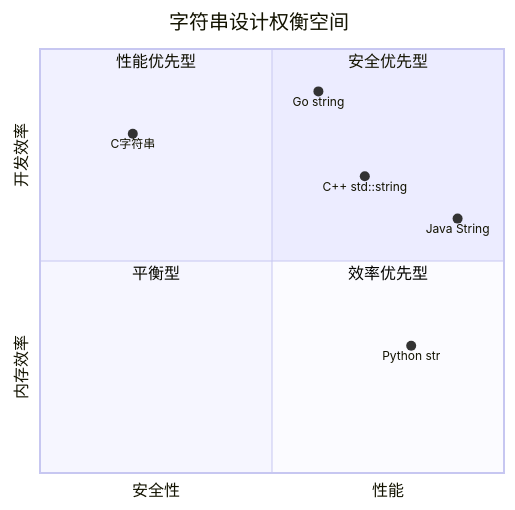
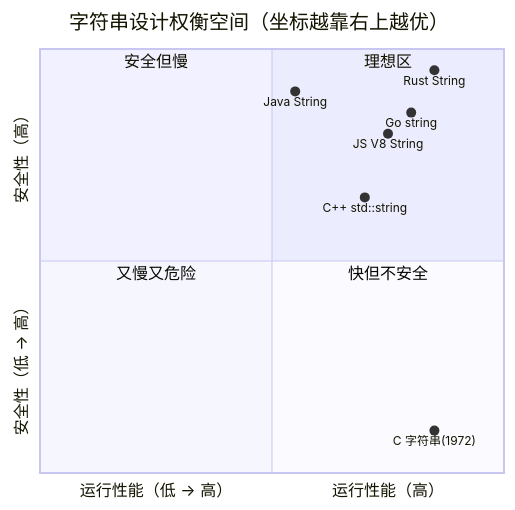
One commit to chongyang211/YCBookBlog changed the second of 32 diagrams in 00.通用技术的提升/02.程序编程原理/01.字符串设计的灵魂.md. Above: the diagram before and after it, drawn with Mermaid. The commit also changed other lines of this file and 6 other files, not shown here.

````diff
--- a/00.通用技术的提升/02.程序编程原理/01.字符串设计的灵魂.md
+++ b/00.通用技术的提升/02.程序编程原理/01.字符串设计的灵魂.md
@@ -78,16 +121,17 @@
 ```mermaid
 quadrantChart
-    title 字符串设计权衡空间
-    x-axis "安全性" --> "性能"
-    y-axis "内存效率" --> "开发效率"
-    quadrant-1 "安全优先型"
-    quadrant-2 "性能优先型"
-    quadrant-3 "平衡型"
-    quadrant-4 "效率优先型"
-    
-    "C字符串": [0.2, 0.8]
-    "Java String": [0.9, 0.6]
-    "C++ std::string": [0.7, 0.7]
-    "Python str": [0.8, 0.3]
-    "Go string": [0.6, 0.9]
+    title 字符串设计权衡空间（坐标越靠右上越优）
+    x-axis "运行性能（低 → 高）" --> "运行性能（高）"
+    y-axis "安全性（低 → 高）" --> "安全性（高）"
+    quadrant-1 "理想区"
+    quadrant-2 "安全但慢"
+    quadrant-3 "又慢又危险"
+    quadrant-4 "快但不安全"
+
+    "C 字符串(1972)": [0.85, 0.10]
+    "C++ std::string": [0.70, 0.65]
+    "Java String": [0.55, 0.90]
+    "Go string": [0.80, 0.85]
+    "Rust String": [0.85, 0.95]
+    "JS V8 String": [0.75, 0.80]
 ```
````
